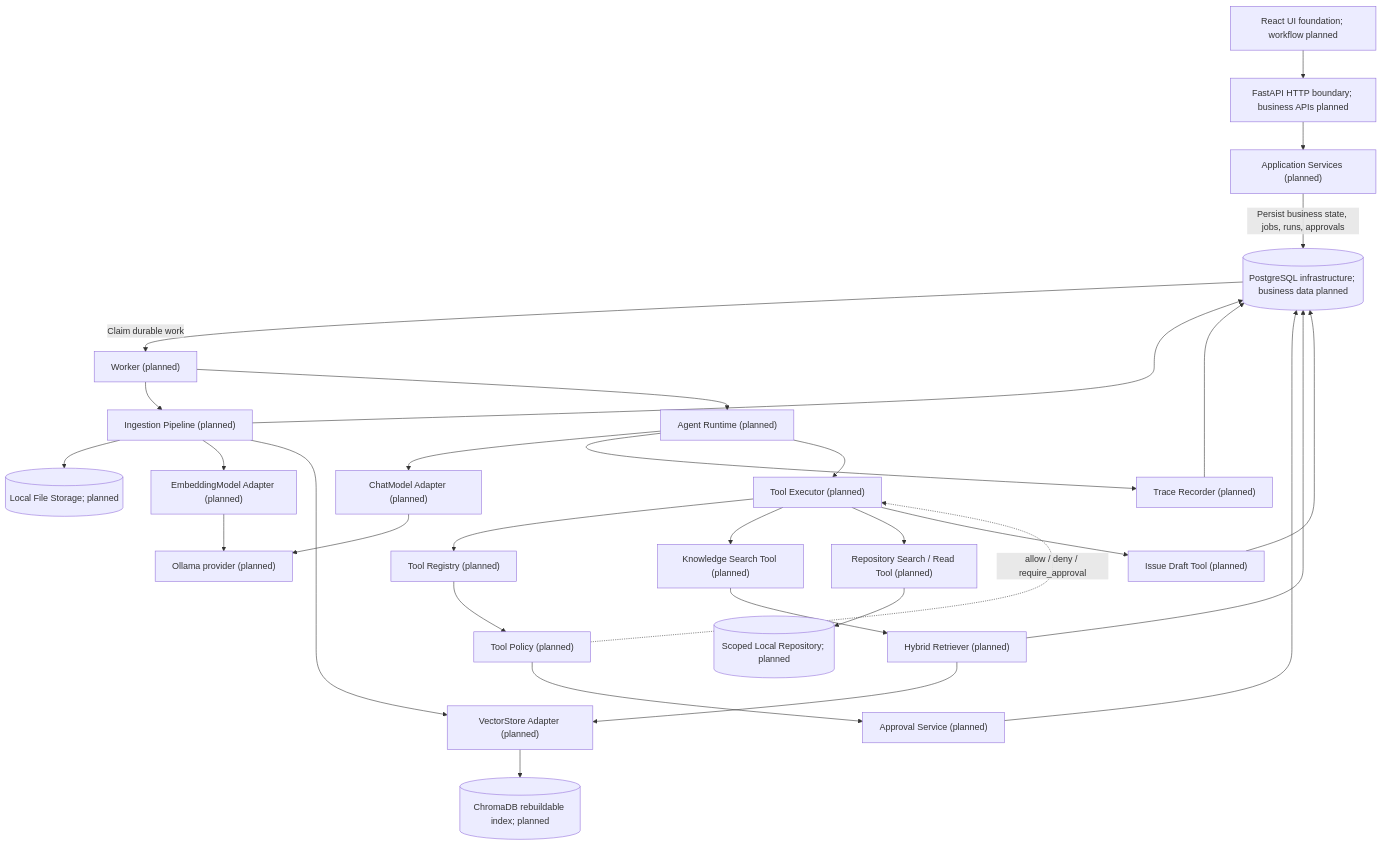
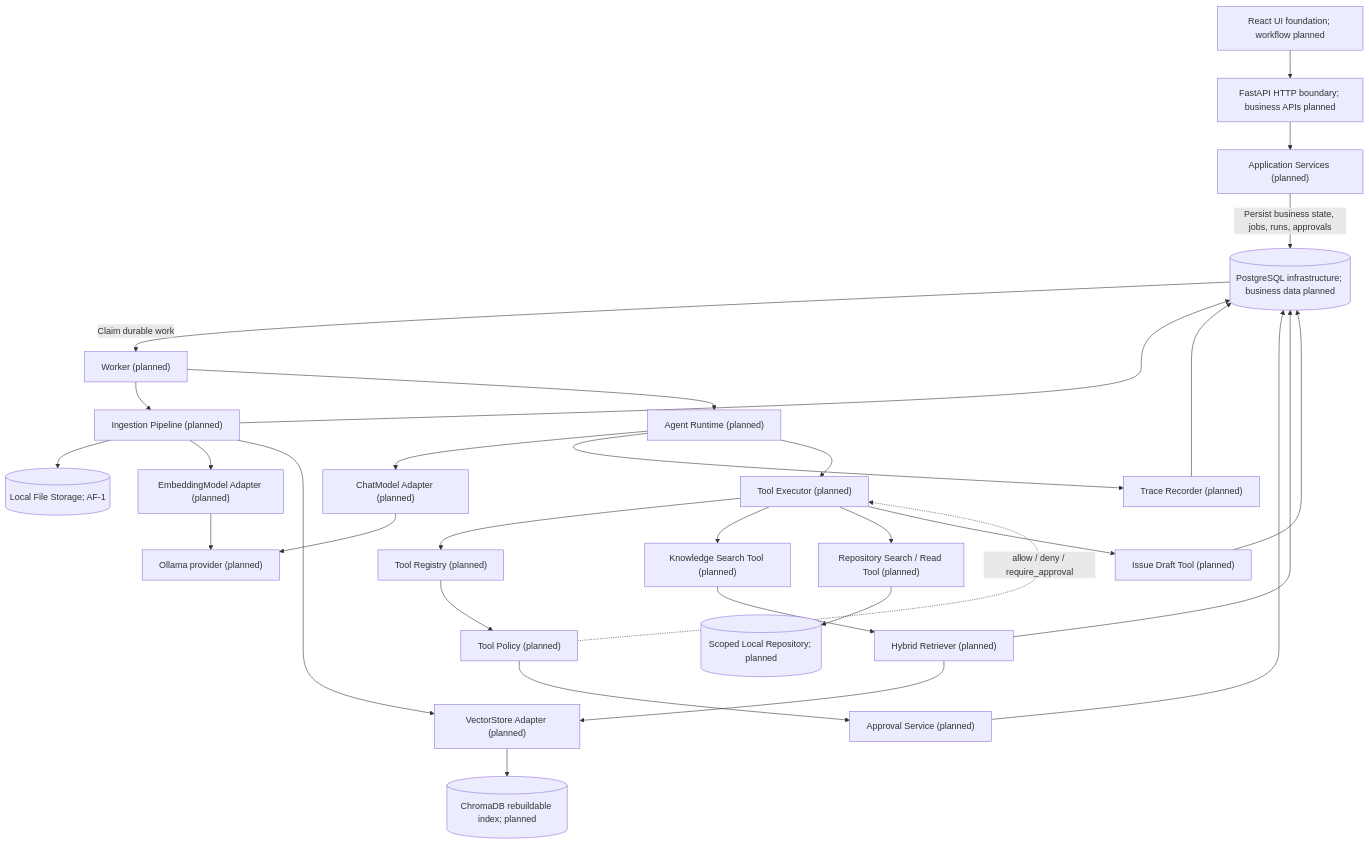
One commit to hyperweng821-commits/Agentic-Rag-Platform changed the first of 4 diagrams in docs/architecture.md. Above: the diagram before and after it, drawn with Mermaid. The commit also changed other lines of this file and 34 other files, not shown here.

````diff
--- a/docs/architecture.md
+++ b/docs/architecture.md
@@ -40,61 +45,61 @@
 ```mermaid
 flowchart TD
     UI["React UI foundation; workflow planned"]
     HTTP["FastAPI HTTP boundary; business APIs planned"]
     Services["Application Services (planned)"]
     Worker["Worker (planned)"]
     Ingestion["Ingestion Pipeline (planned)"]
     Runtime["Agent Runtime (planned)"]
     Executor["Tool Executor (planned)"]
     Registry["Tool Registry (planned)"]
     Policy["Tool Policy (planned)"]
     Approval["Approval Service (planned)"]
     Trace["Trace Recorder (planned)"]
     Knowledge["Knowledge Search Tool (planned)"]
     Repository["Repository Search / Read Tool (planned)"]
     Issue["Issue Draft Tool (planned)"]
     Retriever["Hybrid Retriever (planned)"]
     ChatAdapter["ChatModel Adapter (planned)"]
     EmbeddingAdapter["EmbeddingModel Adapter (planned)"]
     VectorAdapter["VectorStore Adapter (planned)"]
     PG[(PostgreSQL infrastructure; business data planned)]
     Chroma[(ChromaDB rebuildable index; planned)]
     Ollama["Ollama provider (planned)"]
-    Files[(Local File Storage; planned)]
+    Files[(Local File Storage; AF-1)]
     LocalRepo[(Scoped Local Repository; planned)]
 
     UI --> HTTP
     HTTP --> Services
     Services -->|"Persist business state, jobs, runs, approvals"| PG
     PG -->|"Claim durable work"| Worker
 
     Worker --> Ingestion
     Worker --> Runtime
     Ingestion --> Files
     Ingestion --> PG
     Ingestion --> EmbeddingAdapter
     EmbeddingAdapter --> Ollama
     Ingestion --> VectorAdapter
     VectorAdapter --> Chroma
 
     Runtime --> ChatAdapter
     ChatAdapter --> Ollama
     Runtime --> Trace
     Trace --> PG
 
     Runtime --> Executor
     Executor --> Registry
     Registry --> Policy
     Policy -. "allow / deny / require_approval" .-> Executor
     Policy --> Approval
     Approval --> PG
 
     Executor --> Knowledge
     Executor --> Repository
     Executor --> Issue
     Knowledge --> Retriever
     Retriever --> PG
     Retriever --> VectorAdapter
     Repository --> LocalRepo
     Issue --> PG
 ```
````
